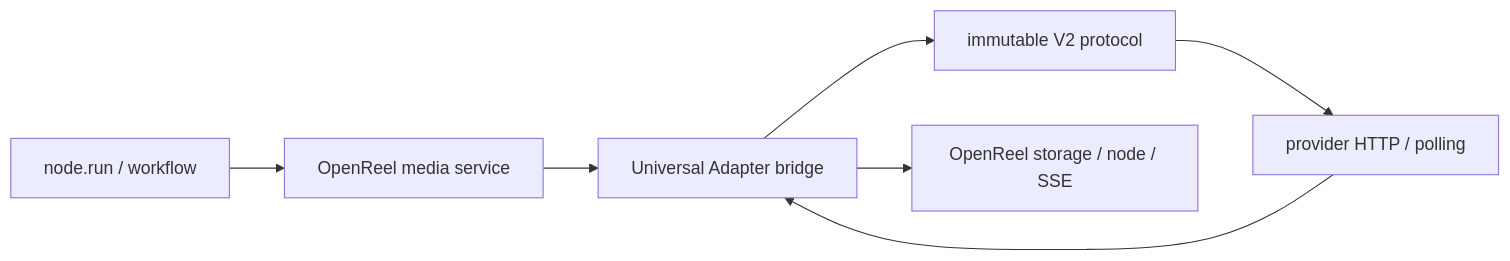
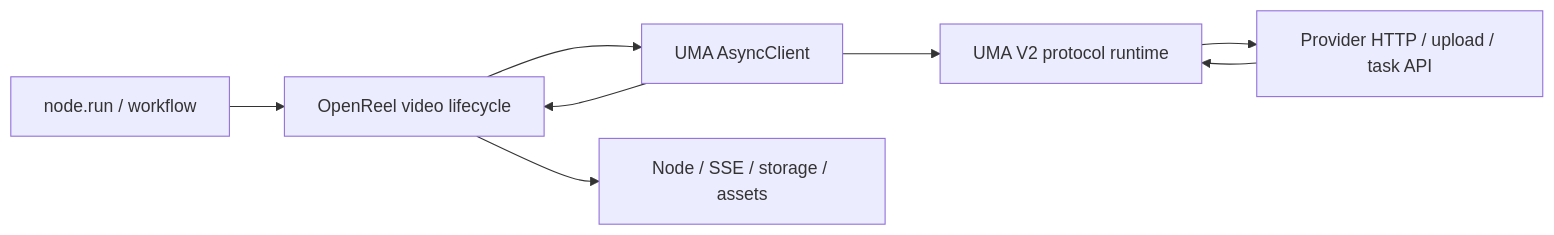
One commit to yutianxiao6/openreel-studio changed the second of 2 diagrams in docs/en/model-providers.md. Above: the diagram before and after it, drawn with Mermaid. The commit also changed other lines of this file and 10 other files, not shown here.

Commit message:
docs: move video protocol guide to UMA submodule

````diff
--- a/docs/en/model-providers.md
+++ b/docs/en/model-providers.md
@@ -140,9 +107,10 @@
 ```mermaid
 flowchart LR
-  A[node.run / workflow] --> B[OpenReel media service]
-  B --> C[Universal Adapter bridge]
-  C --> D[immutable V2 protocol]
-  D --> E[provider HTTP / polling]
-  E --> C
-  C --> F[OpenReel storage / node / SSE]
+  A[node.run / workflow] --> B[OpenReel video lifecycle]
+  B --> C[UMA AsyncClient]
+  C --> D[UMA V2 protocol runtime]
+  D --> E[Provider HTTP / upload / task API]
+  E --> D
+  C --> B
+  B --> F[Node / SSE / storage / assets]
 ```
````
